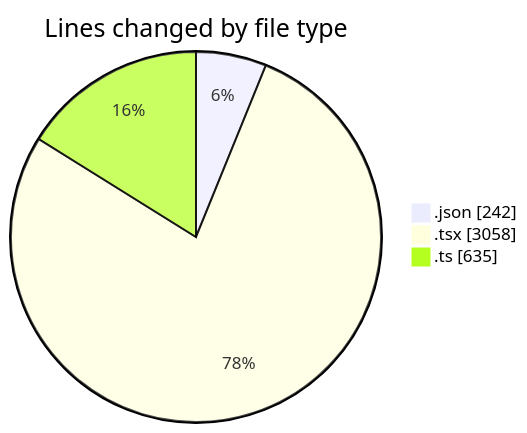
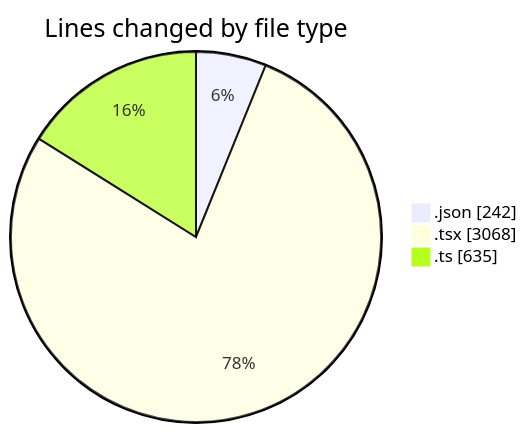
Before and after one commit to julien-gomy/code-tracking: the first of 2 diagrams in 2025-11-17/eventscop-frontend-guide__workspace_/README.md, drawn with Mermaid. The commit also changed other lines of this file and 1 other file, not shown here.

````diff
--- a/2025-11-17/eventscop-frontend-guide__workspace_/README.md
+++ b/2025-11-17/eventscop-frontend-guide__workspace_/README.md
@@ -41,7 +41,7 @@
 ```mermaid
 pie showData
 title Lines changed by file type
 ".json" : 242
-".tsx" : 3058
+".tsx" : 3068
 ".ts" : 635
 ```
````
